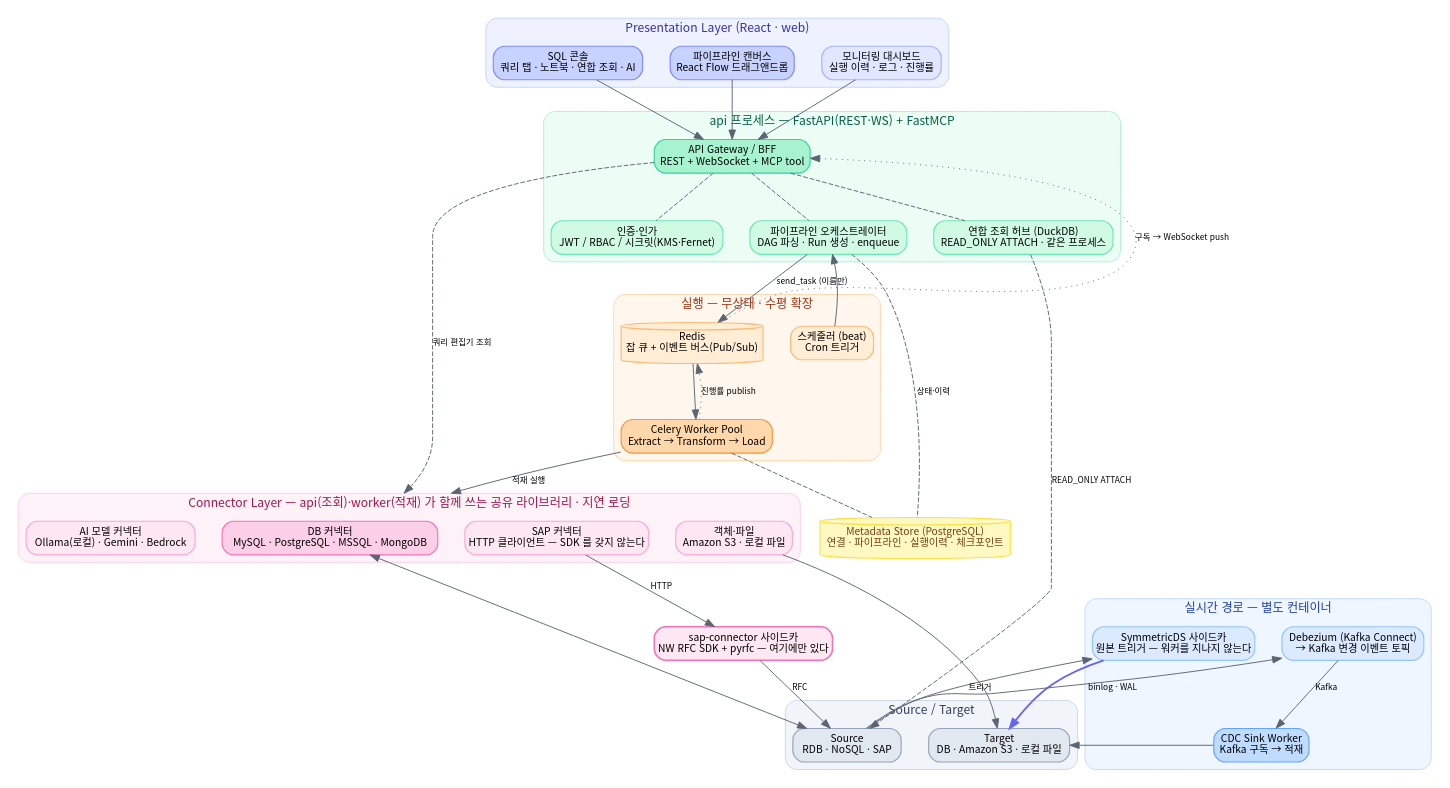
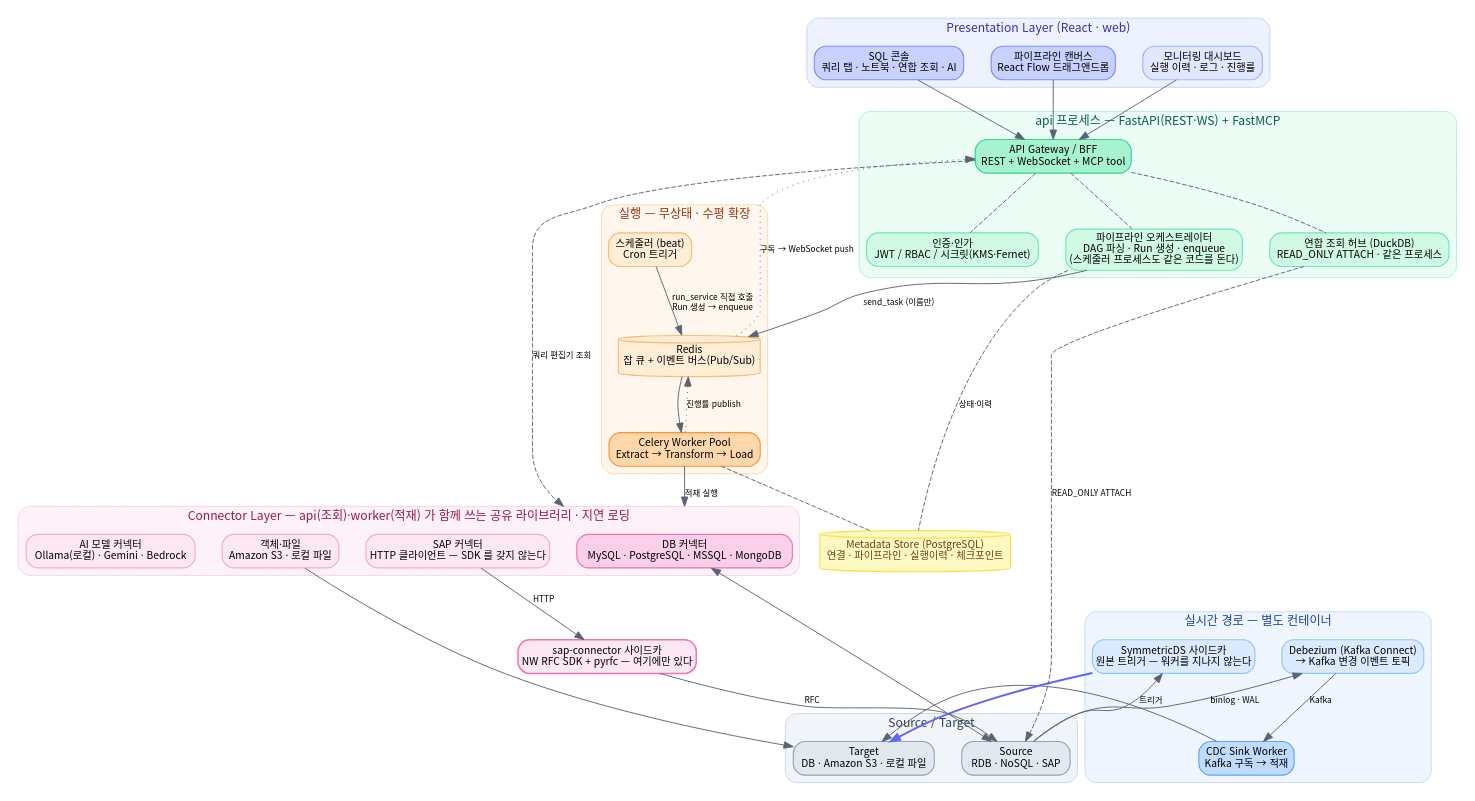
Before and after one commit to SurvivorsStudio/ditter: the diagram in docs/diagrams/d1_overall.dot, drawn with Graphviz. The commit also changed 5 other files, not shown here.

First line of the commit message:
docs: 그림에서 beat 가 api 를 부르지 않게 한다

```diff
--- a/docs/diagrams/d1_overall.dot
+++ b/docs/diagrams/d1_overall.dot
@@ -1,103 +1,106 @@
 // 전체 구조 — 계층과 **프로세스 경계**.
 //
-// 이 그림이 지켜야 하는 것 셋 (어긋나면 고친다):
+// 이 그림이 지켜야 하는 것 넷 (어긋나면 고친다):
 //   1. 없는 기능을 그리지 않는다. 인증은 JWT + RBAC 이다 — OAuth2 는 스키마만 있다.
 //   2. SQL 콘솔·연합 조회는 파이프라인과 나란한 제품의 절반이다. 빼면 그림이 거짓말을 한다.
-//   3. 무엇이 어느 프로세스에서 도는지 보여야 한다. 오케스트레이터는 api 안이고,
+//   3. 무엇이 어느 프로세스에서 도는지 보여야 한다. 오케스트레이터는 별도 컨테이너가 아니고,
 //      SAP SDK 는 사이드카에만 있고, DuckDB 는 api 프로세스의 메모리를 쓴다.
+//   4. 스케줄러(beat)에서 api 클러스터로 화살표를 긋지 않는다. beat 는 api 를 부르지 않는다 —
+//      run_service(오케스트레이터 코드)를 **자기 프로세스에서** 돌려 Run 을 만들고 큐에 넣는다
+//      (eai_worker/scheduler.py). 그으면 없는 호출을 그리는 것이 된다.
 //
 // 엣지를 늘리지 말 것. api 도 worker 도 같은 커넥터를 쓰는데 둘 다 선으로 이으면
 // 그림이 실타래가 된다 — 그건 커넥터 계층 라벨이 대신 말한다.
 //
 // 다시 그리기: docs/diagrams/README.md
 
 digraph G {
   rankdir=TB; bgcolor="white"; compound=true;
   node [fontname="Noto Sans CJK KR,Apple SD Gothic Neo", fontsize=11, shape=box, style="rounded,filled", penwidth=1.2];
   edge [fontname="Noto Sans CJK KR,Apple SD Gothic Neo", fontsize=9, color="#5b6472"];
   graph [fontname="Noto Sans CJK KR,Apple SD Gothic Neo", fontsize=13, labelloc=t, nodesep=0.4, ranksep=0.7];
 
   subgraph cluster_pres {
     label="Presentation Layer (React · web)"; style="rounded,filled"; fillcolor="#eef2ff"; color="#c7d2fe"; fontcolor="#3730a3";
     sql [label="SQL 콘솔\n쿼리 탭 · 노트북 · 연합 조회 · AI", fillcolor="#c7d2fe", color="#818cf8"];
     ui  [label="파이프라인 캔버스\nReact Flow 드래그앤드롭", fillcolor="#c7d2fe", color="#818cf8"];
     mon [label="모니터링 대시보드\n실행 이력 · 로그 · 진행률", fillcolor="#e0e7ff", color="#a5b4fc"];
   }
 
   subgraph cluster_api {
     label="api 프로세스 — FastAPI(REST·WS) + FastMCP"; style="rounded,filled"; fillcolor="#ecfdf5"; color="#a7f3d0"; fontcolor="#065f46";
     gw   [label="API Gateway / BFF\nREST + WebSocket + MCP tool", fillcolor="#a7f3d0", color="#34d399"];
     auth [label="인증·인가\nJWT / RBAC / 시크릿(KMS·Fernet)", fillcolor="#d1fae5", color="#6ee7b7"];
     duck [label="연합 조회 허브 (DuckDB)\nREAD_ONLY ATTACH · 같은 프로세스", fillcolor="#d1fae5", color="#6ee7b7"];
-    orch [label="파이프라인 오케스트레이터\nDAG 파싱 · Run 생성 · enqueue", fillcolor="#d1fae5", color="#6ee7b7"];
+    orch [label="파이프라인 오케스트레이터\nDAG 파싱 · Run 생성 · enqueue\n(스케줄러 프로세스도 같은 코드를 돈다)", fillcolor="#d1fae5", color="#6ee7b7"];
   }
 
   subgraph cluster_exec {
     label="실행 — 무상태 · 수평 확장"; style="rounded,filled"; fillcolor="#fff7ed"; color="#fed7aa"; fontcolor="#9a3412";
     sched  [label="스케줄러 (beat)\nCron 트리거", fillcolor="#ffedd5", color="#fdba74"];
     queue  [label="Redis\n잡 큐 + 이벤트 버스(Pub/Sub)", shape=cylinder, fillcolor="#ffedd5", color="#fdba74"];
     worker [label="Celery Worker Pool\nExtract → Transform → Load", fillcolor="#fed7aa", color="#fb923c"];
   }
 
   subgraph cluster_conn {
     label="Connector Layer — api(조회)·worker(적재) 가 함께 쓰는 공유 라이브러리 · 지연 로딩"; style="rounded,filled"; fillcolor="#fdf2f8"; color="#fbcfe8"; fontcolor="#9d174b";
     dbc  [label="DB 커넥터\nMySQL · PostgreSQL · MSSQL · MongoDB", fillcolor="#fbcfe8", color="#f472b6"];
     obj  [label="객체·파일\nAmazon S3 · 로컬 파일", fillcolor="#fce7f3", color="#f9a8d4"];
     sapc [label="SAP 커넥터\nHTTP 클라이언트 — SDK 를 갖지 않는다", fillcolor="#fce7f3", color="#f9a8d4"];
     aic  [label="AI 모델 커넥터\nOllama(로컬) · Gemini · Bedrock", fillcolor="#fce7f3", color="#f9a8d4"];
   }
 
   subgraph cluster_rt {
     label="실시간 경로 — 별도 컨테이너"; style="rounded,filled"; fillcolor="#eff6ff"; color="#bfdbfe"; fontcolor="#1e40af";
     dbz   [label="Debezium (Kafka Connect)\n→ Kafka 변경 이벤트 토픽", fillcolor="#dbeafe", color="#93c5fd"];
     sink  [label="CDC Sink Worker\nKafka 구독 → 적재", fillcolor="#bfdbfe", color="#60a5fa"];
     symds [label="SymmetricDS 사이드카\n원본 트리거 — 워커를 지나지 않는다", fillcolor="#dbeafe", color="#93c5fd"];
   }
 
   sidecar [label="sap-connector 사이드카\nNW RFC SDK + pyrfc — 여기에만 있다", fillcolor="#fce7f3", color="#f472b6", penwidth=1.6];
 
   subgraph cluster_store {
     label="Source / Target"; style="rounded,filled"; fillcolor="#f1f5f9"; color="#cbd5e1"; fontcolor="#334155";
     src [label="Source\nRDB · NoSQL · SAP", fillcolor="#e2e8f0", color="#94a3b8"];
     tgt [label="Target\nDB · Amazon S3 · 로컬 파일", fillcolor="#e2e8f0", color="#94a3b8"];
   }
 
   meta [label="Metadata Store (PostgreSQL)\n연결 · 파이프라인 · 실행이력 · 체크포인트", shape=cylinder, fillcolor="#fef9c3", color="#fde047", fontcolor="#713f12"];
 
   // ── 화면 → API ────────────────────────────────────────────────────────
   sql -> gw; ui -> gw; mon -> gw;
   gw -> auth [style=dashed, arrowhead=none];
   gw -> duck [style=dashed, arrowhead=none];
   gw -> orch [style=dashed, arrowhead=none];
 
   // ── 파이프라인은 큐를 거쳐 워커로 ─────────────────────────────────────
-  sched -> orch [constraint=false];
+  sched -> queue [label="run_service 직접 호출\nRun 생성 → enqueue"];
   orch -> queue [label="send_task (이름만)"];
   queue -> worker;
 
   // ── 커넥터 계층은 api·worker 가 함께 쓴다 (선 하나로 묶는다) ──────────
   worker -> dbc [lhead=cluster_conn, label="적재 실행"];
   gw     -> dbc [lhead=cluster_conn, label="쿼리 편집기 조회", style=dashed];
 
   // ── 연합 조회만 커넥터를 거치지 않는다 — DuckDB 확장이 직접 붙는다 ────
   duck -> src [label="READ_ONLY ATTACH", style=dashed];
 
   // ── 커넥터 → 소스/타깃 ────────────────────────────────────────────────
   dbc -> src [dir=both];
   sapc -> sidecar [label="HTTP"];
   sidecar -> src [label="RFC"];
   obj -> tgt;
 
   // ── 실시간 두 갈래 ────────────────────────────────────────────────────
   src -> dbz [label="binlog · WAL"];
   dbz -> sink [label="Kafka"];
   sink -> tgt;
   src -> symds [label="트리거"];
   symds -> tgt [style=bold, color="#6366f1"];
 
   // ── 상태는 메타DB 가 진실, 이벤트는 부가 채널 ─────────────────────────
   orch -> meta [style=dashed, arrowhead=none, label="상태·이력"];
   worker -> meta [style=dashed, arrowhead=none];
   worker -> queue [style=dotted, constraint=false, label="진행률 publish"];
   queue -> gw [style=dotted, constraint=false, label="구독 → WebSocket push"];
 }
```
